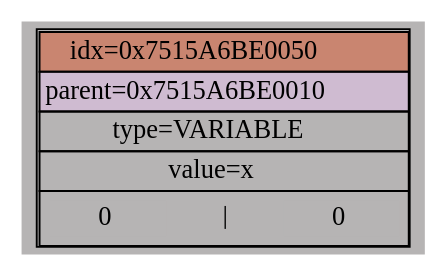
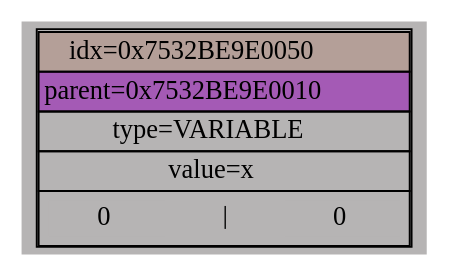
The diagram in dump/images/image0.dot (NeonVP/My-Differentiator), drawn with Graphviz before and after one commit. The commit also changed 11 other files, not shown here.

```diff
--- a/dump/images/image0.dot
+++ b/dump/images/image0.dot
@@ -1,30 +1,30 @@
 digraph {
 	splines=line;
-	node_7515A6BE0050 [shape=plaintext; style=filled; color=black; fillcolor="#B6B4B4"; label=< 
+	node_7532BE9E0050 [shape=plaintext; style=filled; color=black; fillcolor="#B6B4B4"; label=< 
 	<TABLE BORDER="1" CELLBORDER="1" CELLSPACING="0" ALIGN="CENTER"> 
 		<TR> 
-			<TD PORT="idx" BGCOLOR="#DA5E398A">idx=0x7515A6BE0050</TD> 
+			<TD PORT="idx" BGCOLOR="#B0877778">idx=0x7532BE9E0050</TD> 
 		</TR> 
 		<TR> 
-			<TD PORT="parent" BGCOLOR="#F3C3FB67">parent=0x7515A6BE0010</TD> 
+			<TD PORT="parent" BGCOLOR="#991AB595">parent=0x7532BE9E0010</TD> 
 		</TR> 
 		<TR> 
 			<TD PORT="type">type=VARIABLE</TD> 
 		</TR> 
 		<TR> 
 			<TD PORT="value">value=x</TD> 
 		</TR> 
 		<TR> 
 			<TD> 
 				<TABLE BORDER="0" CELLBORDER="0" CELLSPACING="2" ALIGN="CENTER"> 
 					<TR> 
 						<TD PORT="left" BGCOLOR="#B6B4B4" ALIGN="CENTER">0</TD> 
 						<TD><FONT POINT-SIZE="10">│</FONT></TD> 
 						<TD PORT="right" BGCOLOR="#B6B4B4" ALIGN="CENTER">0</TD> 
 					</TR> 
 				</TABLE> 
 			</TD> 
 		</TR> 
 	</TABLE> 
 	>]; 
 }
```
